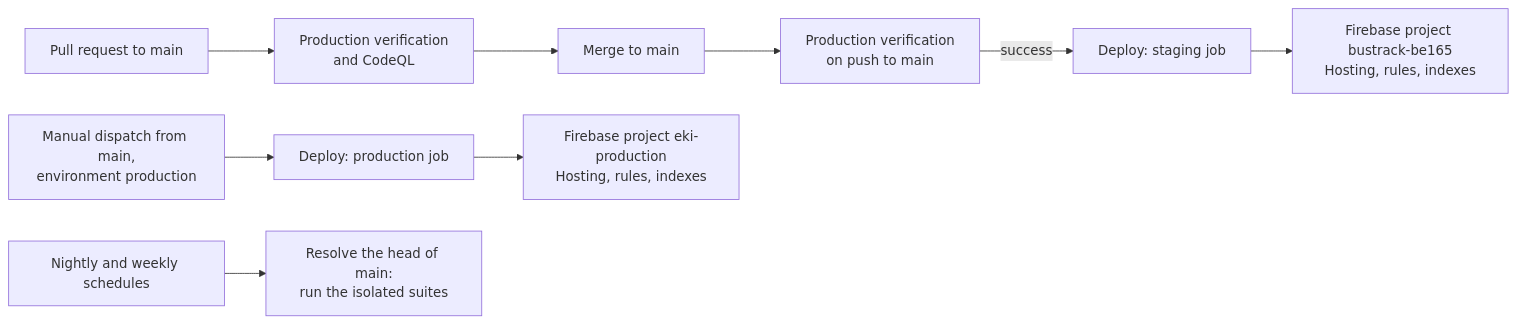
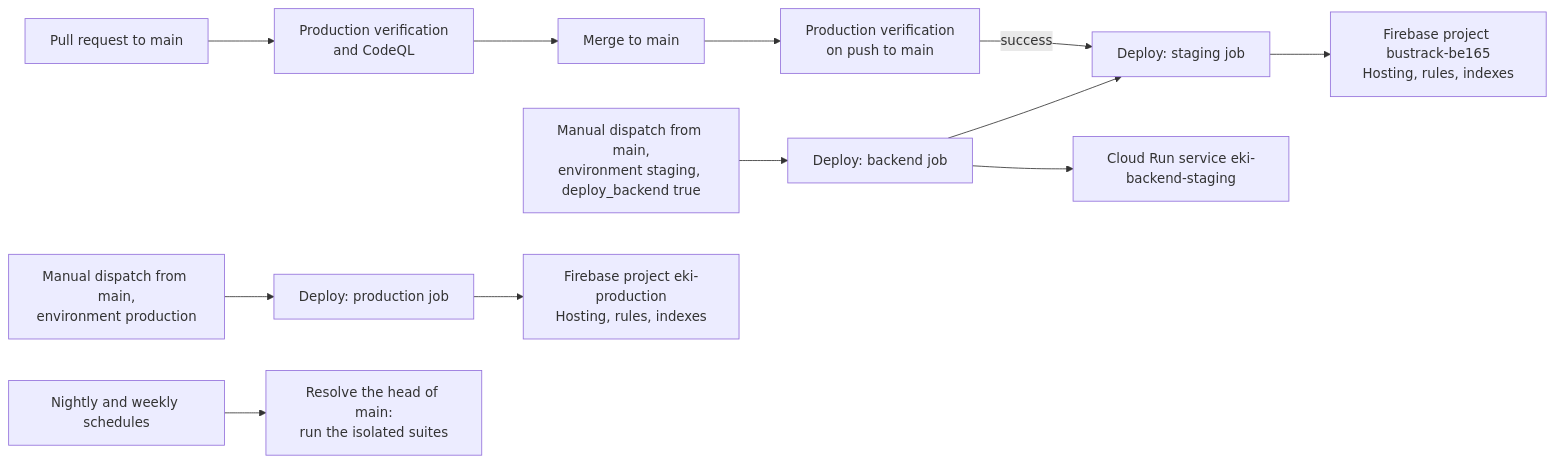
One commit to notnamansinha/Eki changed the diagram in docs/operations/CI_CD_AND_RELEASES.md. Above: the diagram before and after it, drawn with Mermaid. The commit also changed other lines of this file and 27 other files, not shown here.

First line of the commit message:
fix(ci): wait for a starting backend and release only commits on main (#418)

````diff
--- a/docs/operations/CI_CD_AND_RELEASES.md
+++ b/docs/operations/CI_CD_AND_RELEASES.md
@@ -17,11 +17,14 @@
 ```mermaid
 flowchart LR
     PR[Pull request to main] --> CI[Production verification<br/>and CodeQL]
     CI --> Merge[Merge to main]
     Merge --> CIM[Production verification<br/>on push to main]
     CIM -->|success| DS[Deploy: staging job]
     DS --> P1[Firebase project bustrack-be165<br/>Hosting, rules, indexes]
+    ManualB[Manual dispatch from main,<br/>environment staging, deploy_backend true] --> DB[Deploy: backend job]
+    DB --> P3[Cloud Run service eki-backend-staging]
+    DB --> DS
     Manual[Manual dispatch from main,<br/>environment production] --> DP[Deploy: production job]
     DP --> P2[Firebase project eki-production<br/>Hosting, rules, indexes]
     Sched[Nightly and weekly schedules] --> T[Resolve the head of main:<br/>run the isolated suites]
 ```
````
